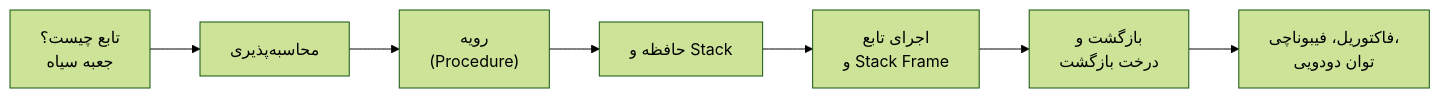
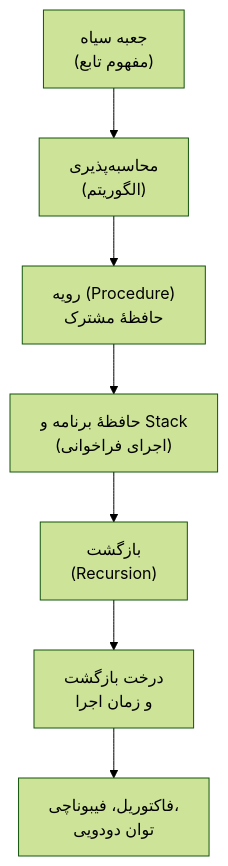
Before and after one commit to fum-cs/fundamentals-of-programming: the first of 6 diagrams in book/lessons/ch04-functions-recursion/lecture.md, drawn with Mermaid (forest theme). The commit also changed other lines of this file and 63 other files, not shown here.

````diff
--- a/book/lessons/ch04-functions-recursion/lecture.md
+++ b/book/lessons/ch04-functions-recursion/lecture.md
@@ -22,9 +15,9 @@
 ```mermaid
-flowchart LR
-    A["تابع چیست؟<br/>جعبه سیاه"] --> B["محاسبه‌پذیری"]
-    B --> C["رویه<br/>(Procedure)"]
-    C --> D["حافظه و Stack"]
-    D --> E["اجرای تابع<br/>و Stack Frame"]
-    E --> F["بازگشت و<br/>درخت بازگشت"]
+flowchart TD
+    A["جعبه سیاه<br/>(مفهوم تابع)"] --> B["محاسبه‌پذیری<br/>(الگوریتم)"]
+    B --> C["رویه (Procedure)<br/>حافظهٔ مشترک"]
+    C --> D["حافظهٔ برنامه و Stack<br/>(اجرای فراخوانی)"]
+    D --> E["بازگشت<br/>(Recursion)"]
+    E --> F["درخت بازگشت<br/>و زمان اجرا"]
     F --> G["فاکتوریل، فیبوناچی،<br/>توان دودویی"]
 ```
````
